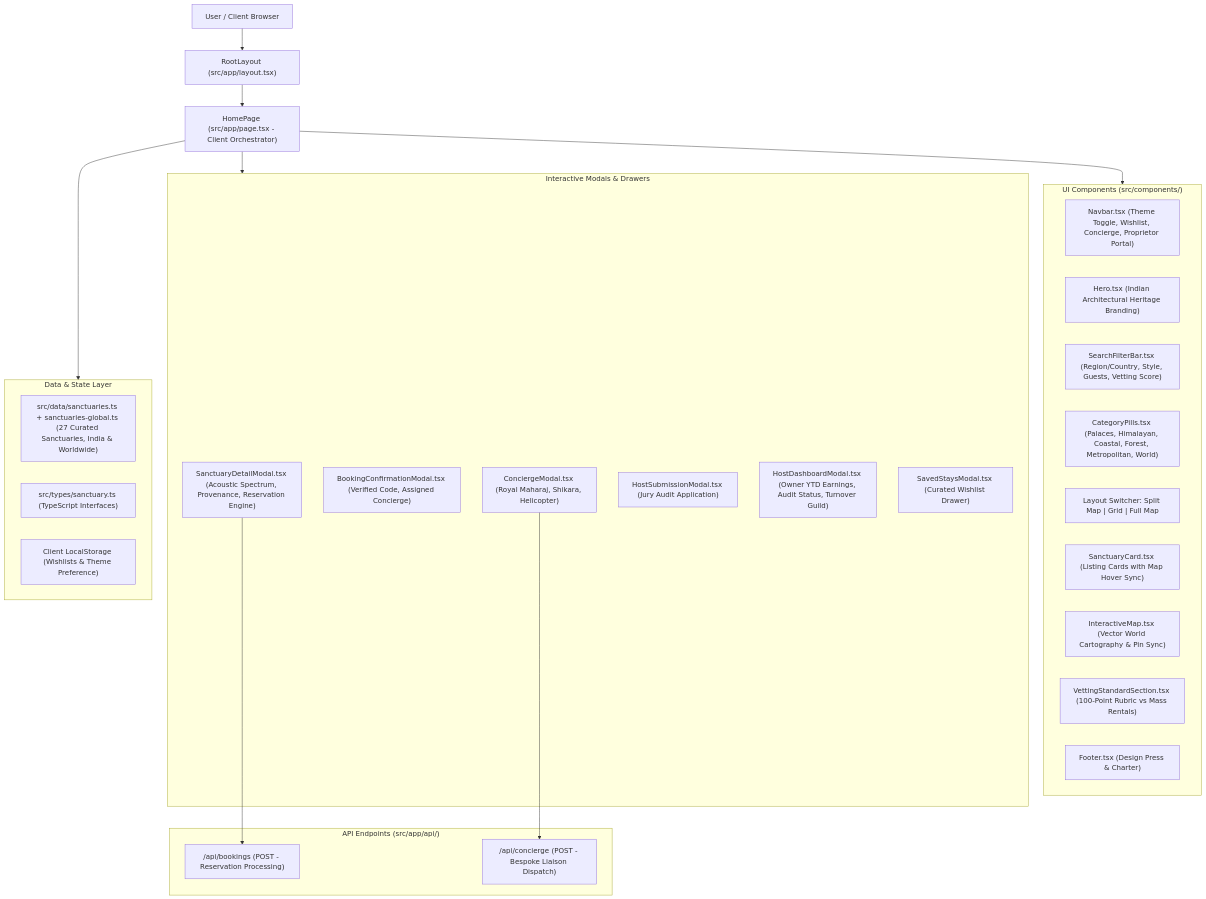
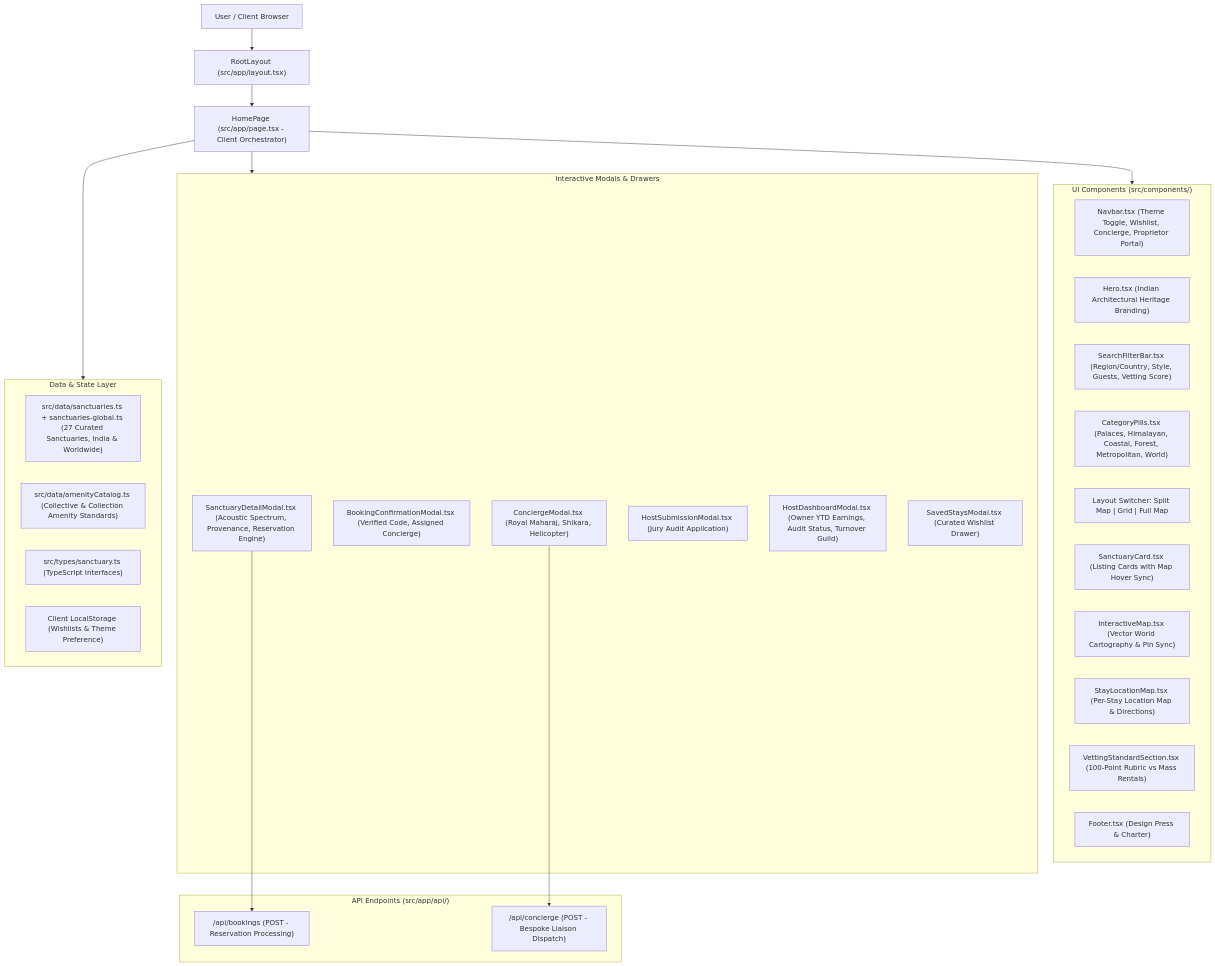
The diagram in Project Docs/ARCHITECTURE_SPEC.md (tejaswip314-hub/Sanctuary-Stays), drawn with Mermaid before and after one commit. The commit also changed other lines of this file and 8 other files, not shown here.

Commit message:
Add stay amenities and per-stay location maps

````diff
--- a/Project Docs/ARCHITECTURE_SPEC.md
+++ b/Project Docs/ARCHITECTURE_SPEC.md
@@ -12,43 +12,45 @@
 ```mermaid
 graph TD
     User["User / Client Browser"] --> Layout["RootLayout (src/app/layout.tsx)"]
     Layout --> Page["HomePage (src/app/page.tsx - Client Orchestrator)"]
     
     subgraph UI_Components ["UI Components (src/components/)"]
         Navbar["Navbar.tsx (Theme Toggle, Wishlist, Concierge, Proprietor Portal)"]
         Hero["Hero.tsx (Indian Architectural Heritage Branding)"]
         SearchFilter["SearchFilterBar.tsx (Region/Country, Style, Guests, Vetting Score)"]
         Pills["CategoryPills.tsx (Palaces, Himalayan, Coastal, Forest, Metropolitan, World)"]
         ViewSwitcher["Layout Switcher: Split Map | Grid | Full Map"]
         Cards["SanctuaryCard.tsx (Listing Cards with Map Hover Sync)"]
         MapComp["InteractiveMap.tsx (Vector World Cartography & Pin Sync)"]
+        StayMap["StayLocationMap.tsx (Per-Stay Location Map & Directions)"]
         VettingComp["VettingStandardSection.tsx (100-Point Rubric vs Mass Rentals)"]
         Footer["Footer.tsx (Design Press & Charter)"]
     end
 
     subgraph Modals ["Interactive Modals & Drawers"]
         DetailModal["SanctuaryDetailModal.tsx (Acoustic Spectrum, Provenance, Reservation Engine)"]
         BookingConfirm["BookingConfirmationModal.tsx (Verified Code, Assigned Concierge)"]
         ConciergeModal["ConciergeModal.tsx (Royal Maharaj, Shikara, Helicopter)"]
         HostSubmit["HostSubmissionModal.tsx (Jury Audit Application)"]
         HostDashboard["HostDashboardModal.tsx (Owner YTD Earnings, Audit Status, Turnover Guild)"]
         SavedDrawer["SavedStaysModal.tsx (Curated Wishlist Drawer)"]
     end
 
     subgraph Data_Layer ["Data & State Layer"]
         DB["src/data/sanctuaries.ts + sanctuaries-global.ts (27 Curated Sanctuaries, India & Worldwide)"]
+        Amen["src/data/amenityCatalog.ts (Collective & Collection Amenity Standards)"]
         Types["src/types/sanctuary.ts (TypeScript Interfaces)"]
         LocalStorage["Client LocalStorage (Wishlists & Theme Preference)"]
     end
 
     subgraph API_Routes ["API Endpoints (src/app/api/)"]
         BookingsAPI["/api/bookings (POST - Reservation Processing)"]
         ConciergeAPI["/api/concierge (POST - Bespoke Liaison Dispatch)"]
     end
 
     Page --> UI_Components
     Page --> Modals
     Page --> Data_Layer
     DetailModal --> BookingsAPI
     ConciergeModal --> ConciergeAPI
 ```
````
